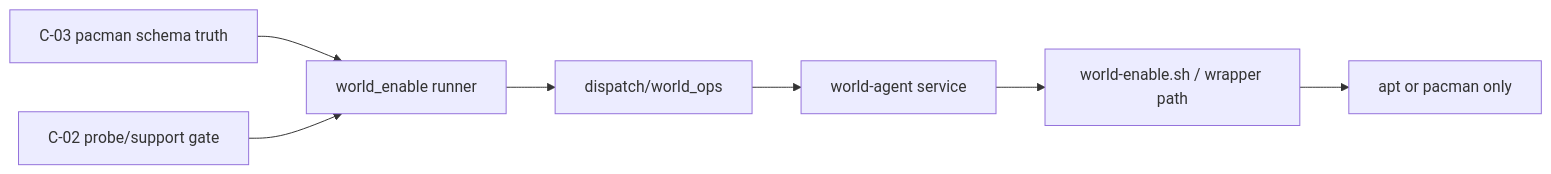
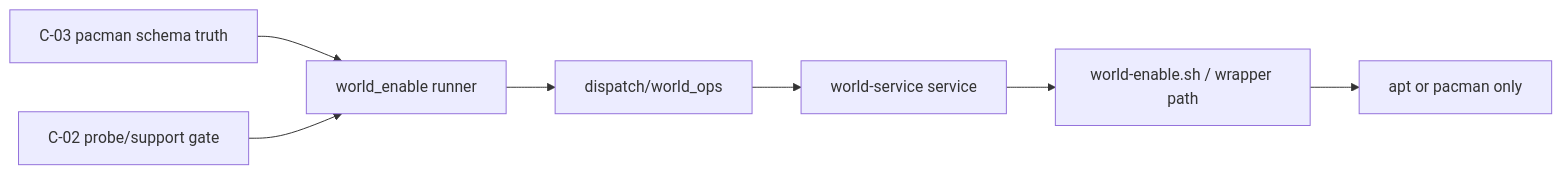
One commit to atomize-hq/substrate changed the second of 2 diagrams in docs/project_management/packs/implemented/add-non-apt-system-package-provisioning-support-fse/threaded-seams/seam-4-provisioning-routing-pacman-execution/review.md. Above: the diagram before and after it, drawn with Mermaid. The commit also changed other lines of this file and 590 other files, not shown here.

````diff
--- a/docs/project_management/packs/implemented/add-non-apt-system-package-provisioning-support-fse/threaded-seams/seam-4-provisioning-routing-pacman-execution/review.md
+++ b/docs/project_management/packs/implemented/add-non-apt-system-package-provisioning-support-fse/threaded-seams/seam-4-provisioning-routing-pacman-execution/review.md
@@ -32,9 +32,9 @@
 ```mermaid
 flowchart LR
   Runner["world_enable runner"] --> Dispatch["dispatch/world_ops"]
-  Dispatch --> Agent["world-agent service"]
+  Dispatch --> Agent["world-service service"]
   Agent --> Helper["world-enable.sh / wrapper path"]
   Helper --> Manager["apt or pacman only"]
   Schema["C-03 pacman schema truth"] --> Runner
   Probe["C-02 probe/support gate"] --> Runner
 ```
````
